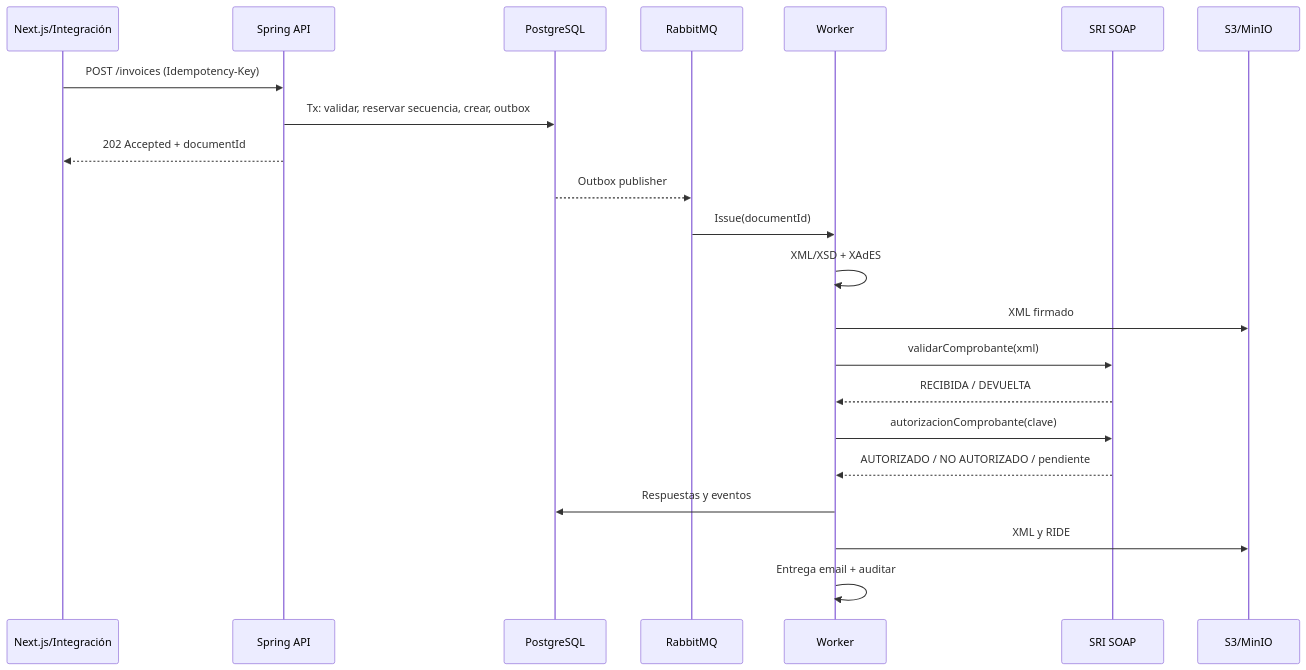
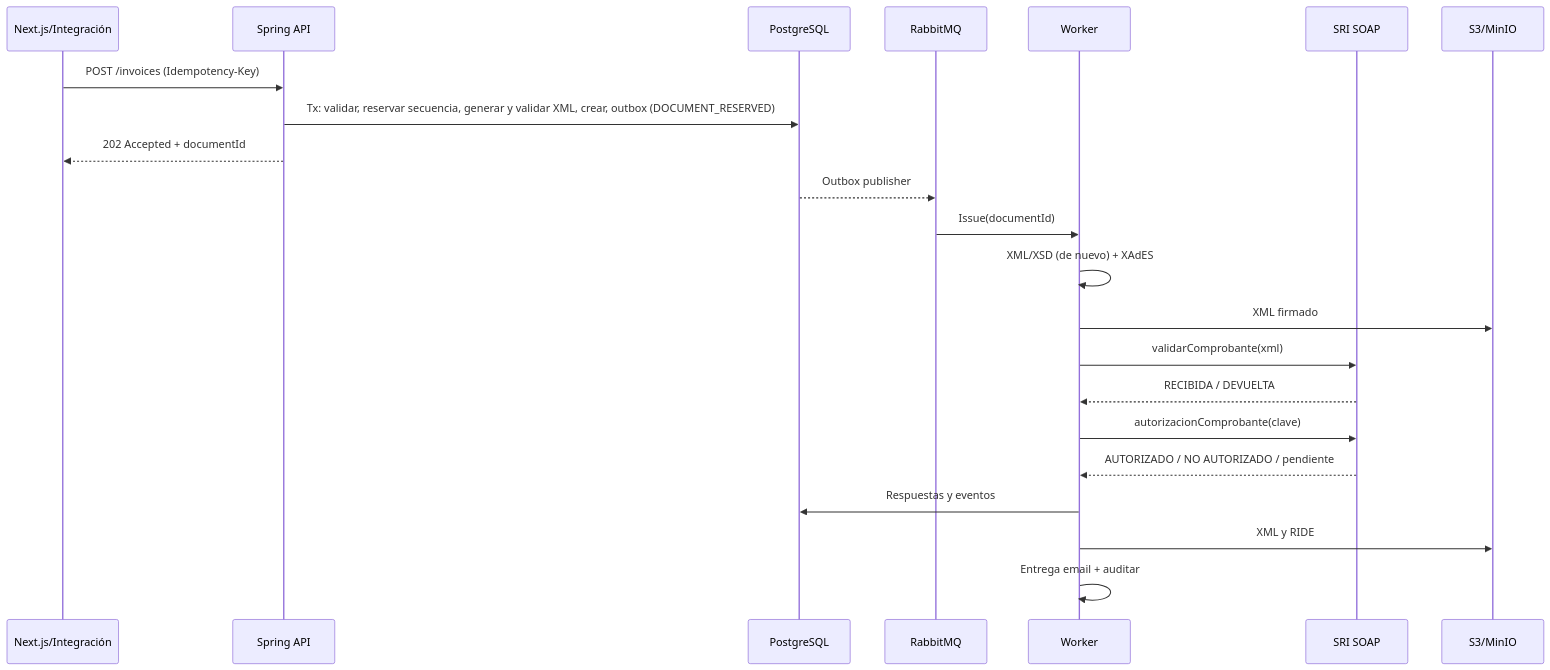
Before and after one commit to DevNation593/api-emite-facil: the diagram in docs/05-electronic-document-flow.md, drawn with Mermaid. The commit also changed other lines of this file and 6 other files, not shown here.

````diff
--- a/docs/05-electronic-document-flow.md
+++ b/docs/05-electronic-document-flow.md
@@ -4,24 +4,24 @@
 ```mermaid
 sequenceDiagram
  participant U as Next.js/Integración
  participant A as Spring API
  participant D as PostgreSQL
  participant Q as RabbitMQ
  participant W as Worker
  participant S as SRI SOAP
  participant O as S3/MinIO
  U->>A: POST /invoices (Idempotency-Key)
- A->>D: Tx: validar, reservar secuencia, crear, outbox
+ A->>D: Tx: validar, reservar secuencia, generar y validar XML, crear, outbox (DOCUMENT_RESERVED)
  A-->>U: 202 Accepted + documentId
  D-->>Q: Outbox publisher
  Q->>W: Issue(documentId)
- W->>W: XML/XSD + XAdES
+ W->>W: XML/XSD (de nuevo) + XAdES
  W->>O: XML firmado
  W->>S: validarComprobante(xml)
  S-->>W: RECIBIDA / DEVUELTA
  W->>S: autorizacionComprobante(clave)
  S-->>W: AUTORIZADO / NO AUTORIZADO / pendiente
  W->>D: Respuestas y eventos
  W->>O: XML y RIDE
  W->>W: Entrega email + auditar
 ```
````
